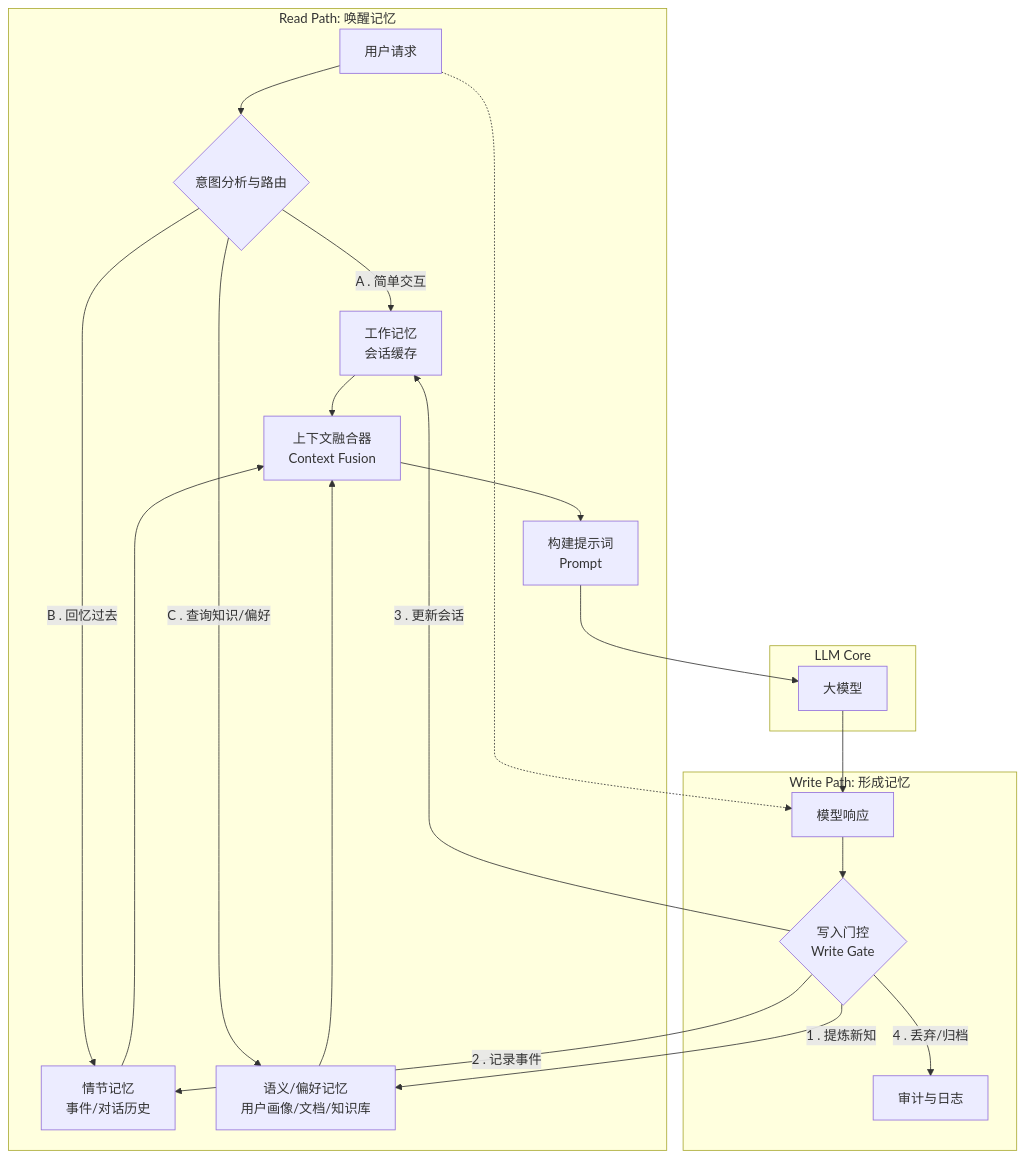
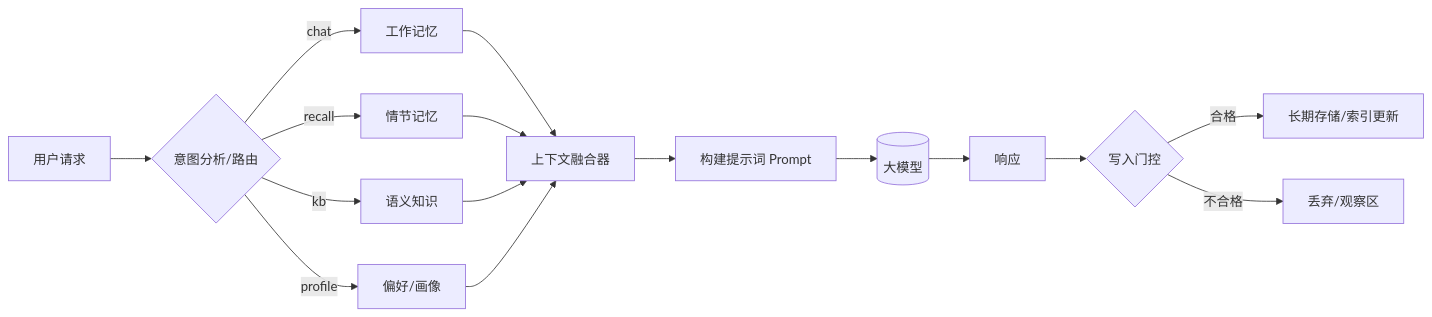
The diagram in ai/构建拥有“记忆”的 AI：大模型记忆管理系统设计.md (iheCoder/code_for_article), drawn with Mermaid before and after one commit. The commit also changed other lines of this file, not shown here.

````diff
--- a/ai/构建拥有“记忆”的 AI：大模型记忆管理系统设计.md
+++ b/ai/构建拥有“记忆”的 AI：大模型记忆管理系统设计.md
@@ -46,28 +44,17 @@
 ```mermaid
-graph TD
-    subgraph "Read Path: 唤醒记忆"
-        U[用户请求] --> O{意图分析与路由};
-        O -->|A . 简单交互| WM[工作记忆<br> 会话缓存];
-        O -->|B . 回忆过去| EM[情节记忆<br> 事件/对话历史];
-        O -->|C . 查询知识/偏好| SM[语义/偏好记忆<br> 用户画像/文档/知识库];
-        WM --> F;
-        EM --> F;
-        SM --> F;
-        F[上下文融合器<br> Context Fusion] --> P[构建提示词<br> Prompt];
-    end
-
-    subgraph "LLM Core"
-        P --> LLM[大模型];
-    end
-
-    subgraph "Write Path: 形成记忆"
-        LLM --> R[模型响应];
-        R --> WG{写入门控<br> Write Gate};
-        WG -->|1 . 提炼新知| SM;
-        WG -->|2 . 记录事件| EM;
-        WG -->|3 . 更新会话| WM;
-        WG -->|4 . 丢弃/归档| LOG[审计与日志];
-    end
-
-    U -.-> R;
+flowchart LR
+    U[用户请求] --> IA{意图分析/路由}
+    IA -->|chat| WM[工作记忆]
+    IA -->|recall| EM[情节记忆]
+    IA -->|kb| KB[语义知识]
+    IA -->|profile| PF[偏好/画像]
+    WM --> CF[上下文融合器]
+    EM --> CF
+    KB --> CF
+    PF --> CF
+    CF --> P[构建提示词 Prompt] --> LLM[(大模型)]
+    LLM --> OUT[响应]
+    OUT --> WG{写入门控}
+    WG -->|合格| STORE[长期存储/索引更新]
+    WG -->|不合格| DROP[丢弃/观察区]
 ```
````
